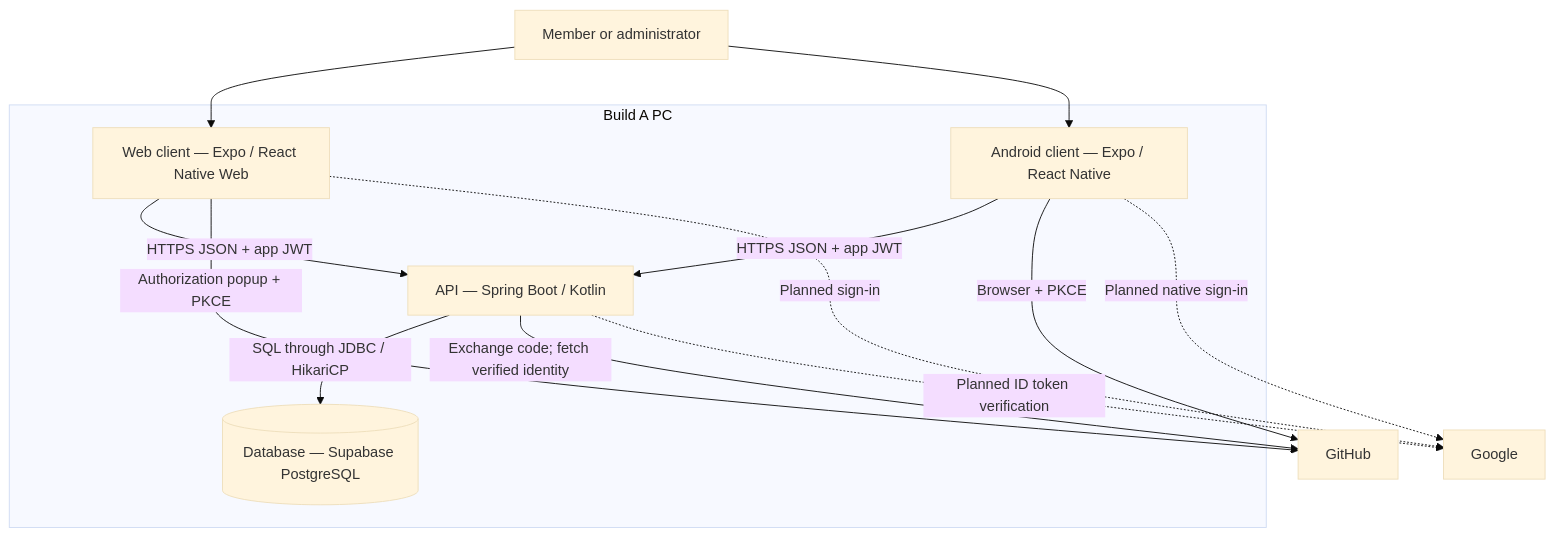
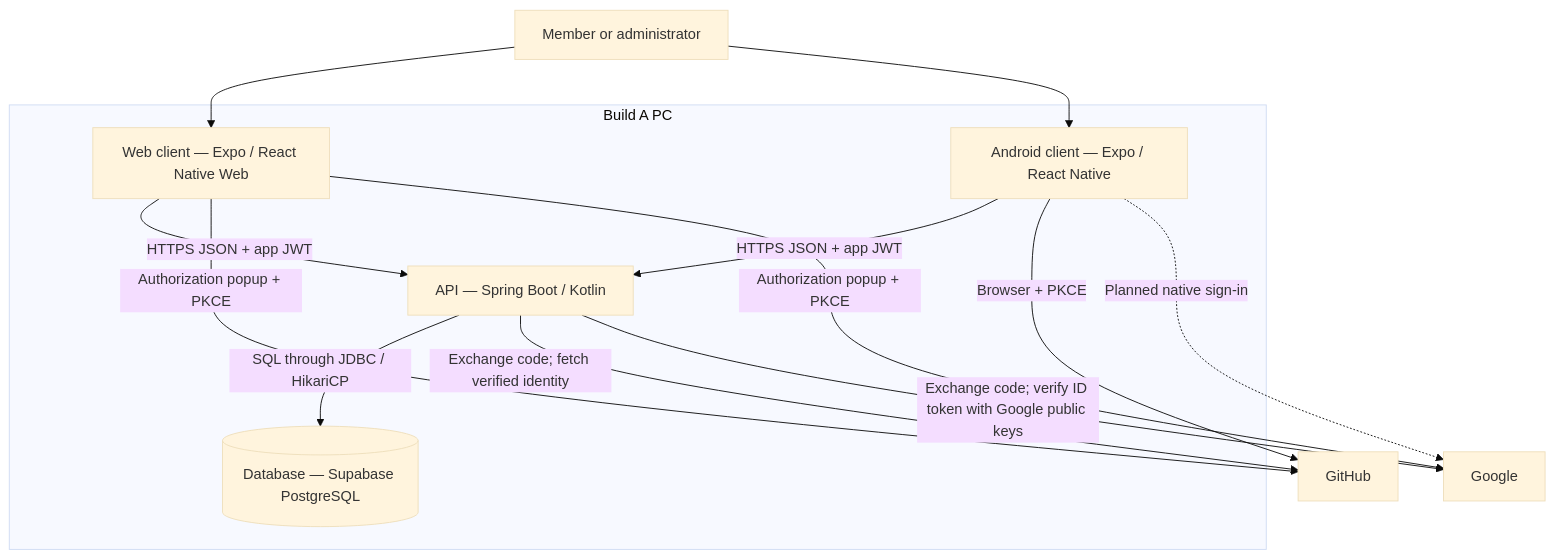
One commit to The-Fry-Guys/Build_A_PC changed the second of 2 diagrams in docs/architecture.md. Above: the diagram before and after it, drawn with Mermaid (base theme). The commit also changed other lines of this file and 44 other files, not shown here.

Commit message:
web google oauth functional

````diff
--- a/docs/architecture.md
+++ b/docs/architecture.md
@@ -22,21 +22,21 @@
 ```mermaid
 flowchart TB
     Person["Member or administrator"]
     subgraph System["Build A PC"]
         Web["Web client — Expo / React Native Web"]
         Android["Android client — Expo / React Native"]
         API["API — Spring Boot / Kotlin"]
         DB[("Database — Supabase PostgreSQL")]
         Web -->|"HTTPS JSON + app JWT"| API
         Android -->|"HTTPS JSON + app JWT"| API
         API -->|"SQL through JDBC / HikariCP"| DB
     end
     Person --> Web
     Person --> Android
     Web -->|"Authorization popup + PKCE"| GitHub["GitHub"]
     Android -->|"Browser + PKCE"| GitHub
     API -->|"Exchange code; fetch verified identity"| GitHub
-    Web -.->|"Planned sign-in"| Google["Google"]
+    Web -->|"Authorization popup + PKCE"| Google["Google"]
     Android -.->|"Planned native sign-in"| Google
-    API -.->|"Planned ID token verification"| Google
+    API -->|"Exchange code; verify ID token with Google public keys"| Google
 ```
````
